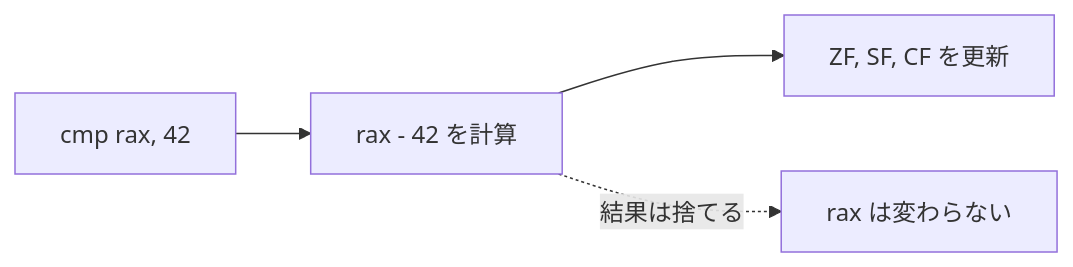
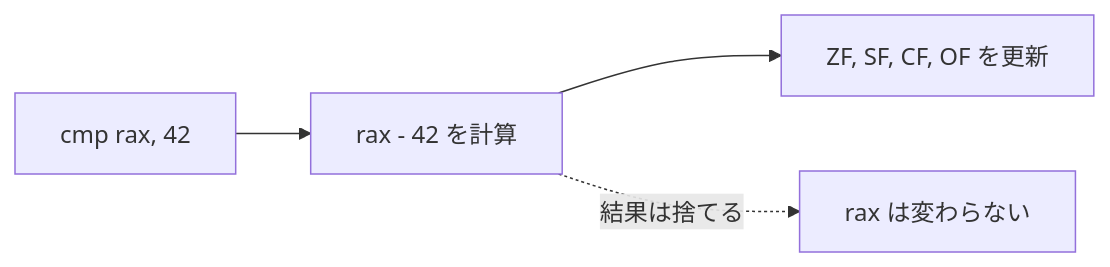
One commit to diohabara/cs101 changed the first of 2 diagrams in v2/book.md. Above: the diagram before and after it, drawn with Mermaid. The commit also changed other lines of this file and 5 other files, not shown here.

````diff
--- a/v2/book.md
+++ b/v2/book.md
@@ -43,6 +119,6 @@
 ```mermaid
 flowchart LR
     CMP[cmp rax, 42] --> CALC["rax - 42 を計算"]
-    CALC --> FLAGS["ZF, SF, CF を更新"]
+    CALC --> FLAGS["ZF, SF, CF, OF を更新"]
     CALC -.->|結果は捨てる| DISCARD["rax は変わらない"]
 ```
````
